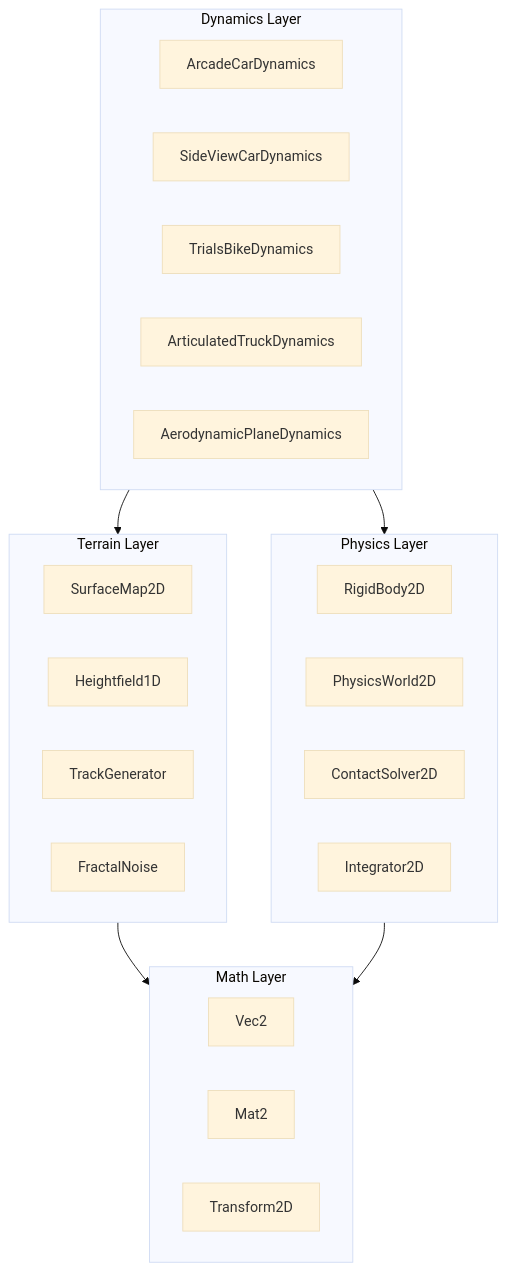
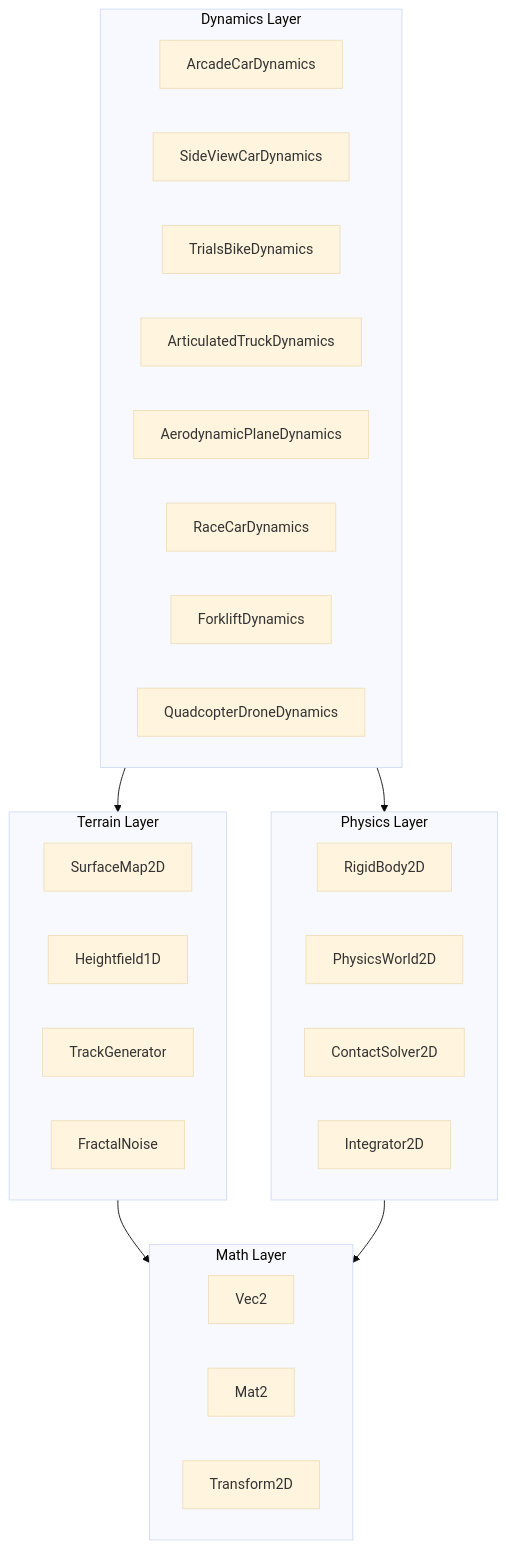
One commit to svagionitis/vehicle-sim changed the first of 29 diagrams in docs/ProposedFeatures.md. Above: the diagram before and after it, drawn with Mermaid (base theme). The commit also changed other lines of this file and 14 other files, not shown here.

First line of the commit message:
feat(dynamics): add racecar, forklift, and drone

````diff
--- a/docs/ProposedFeatures.md
+++ b/docs/ProposedFeatures.md
@@ -28,35 +28,38 @@
 ```mermaid
 graph TD
     subgraph DynamicsLayer ["Dynamics Layer"]
         AC["ArcadeCarDynamics"]
         SV["SideViewCarDynamics"]
         TB["TrialsBikeDynamics"]
         AT["ArticulatedTruckDynamics"]
         AP["AerodynamicPlaneDynamics"]
+        RC["RaceCarDynamics"]
+        FL["ForkliftDynamics"]
+        QD["QuadcopterDroneDynamics"]
     end
 
     subgraph PhysicsLayer ["Physics Layer"]
         RB["RigidBody2D"]
         PW["PhysicsWorld2D"]
         CS["ContactSolver2D"]
         IN["Integrator2D"]
     end
 
     subgraph TerrainLayer ["Terrain Layer"]
         SM["SurfaceMap2D"]
         HF["Heightfield1D"]
         TG["TrackGenerator"]
         FN["FractalNoise"]
     end
 
     subgraph MathLayer ["Math Layer"]
         V2["Vec2"]
         M2["Mat2"]
         TF["Transform2D"]
     end
 
     DynamicsLayer --> PhysicsLayer
     DynamicsLayer --> TerrainLayer
     TerrainLayer --> MathLayer
     PhysicsLayer --> MathLayer
 ```
````
